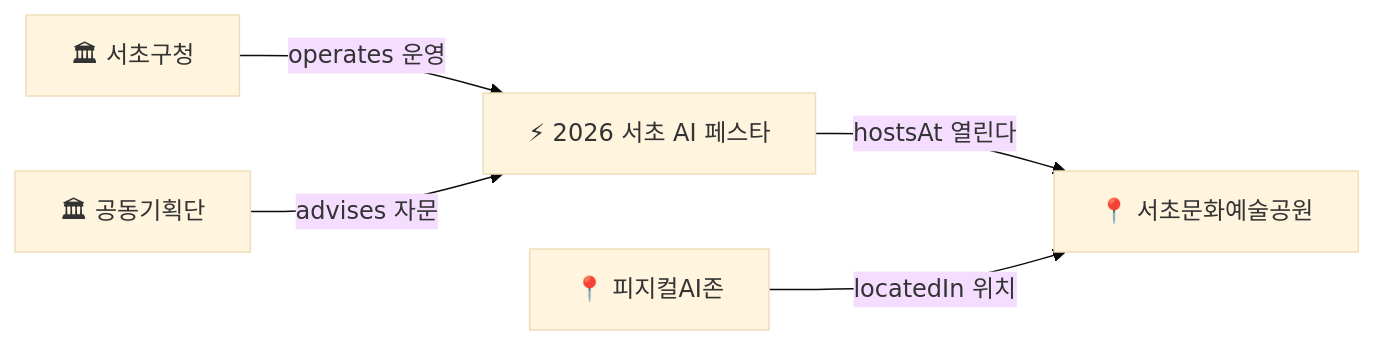
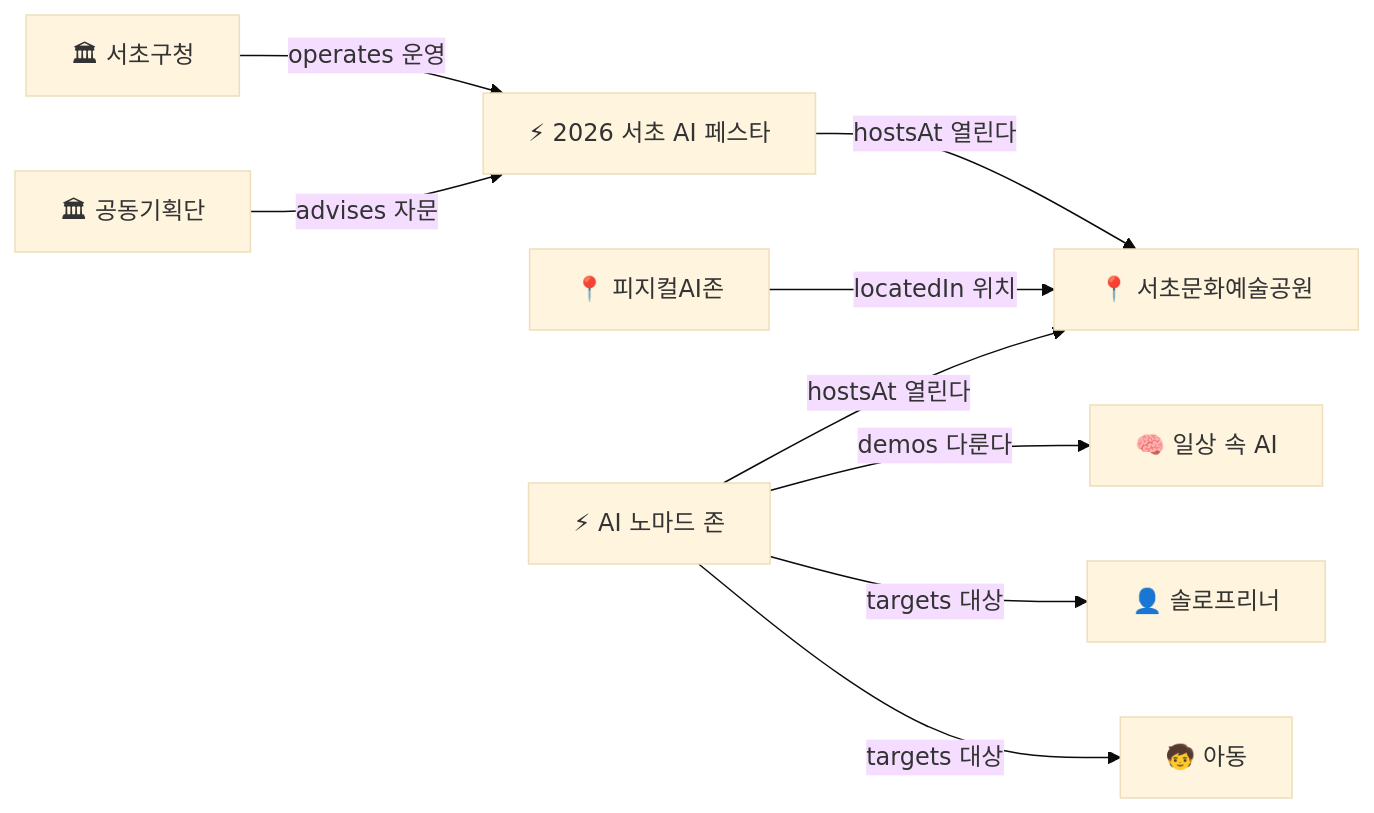
Before and after one commit to Celine96/ontology-study: the diagram in seocho-mini-ontology/README.md, drawn with Mermaid (base theme). The commit also changed 2 other files, not shown here.

Commit message:
미니 온톨로지: 첫 인스턴스 'AI 노마드 존' 추가 (Event+Topic+AgeGroup 2개, 트리플 4개)

````diff
--- a/seocho-mini-ontology/README.md
+++ b/seocho-mini-ontology/README.md
@@ -22,7 +22,11 @@
 ```mermaid
 graph LR
   org_gu["🏛 서초구청"] -->|operates 운영| fest["⚡ 2026 서초 AI 페스타"]
   fest -->|hostsAt 열린다| park["📍 서초문화예술공원"]
   zone["📍 피지컬AI존"] -->|locatedIn 위치| park
   com["🏛 공동기획단"] -->|advises 자문| fest
+  nomad["⚡ AI 노마드 존"] -->|hostsAt 열린다| park
+  nomad -->|demos 다룬다| topic["🧠 일상 속 AI"]
+  nomad -->|targets 대상| solo["👤 솔로프리너"]
+  nomad -->|targets 대상| kids["🧒 아동"]
 ```
````
